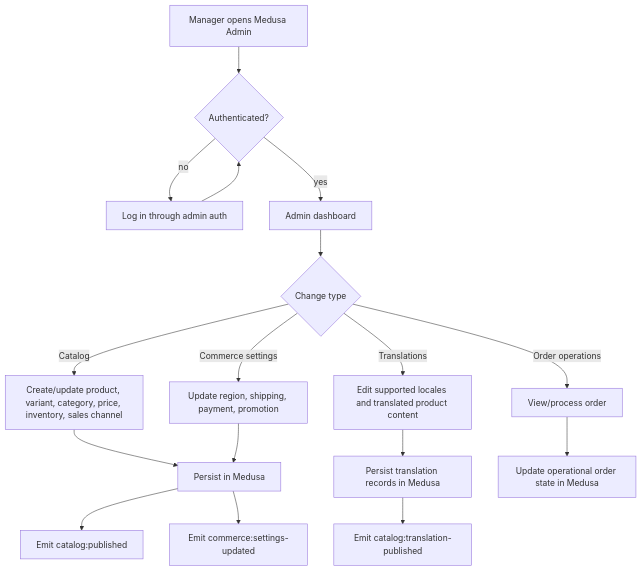
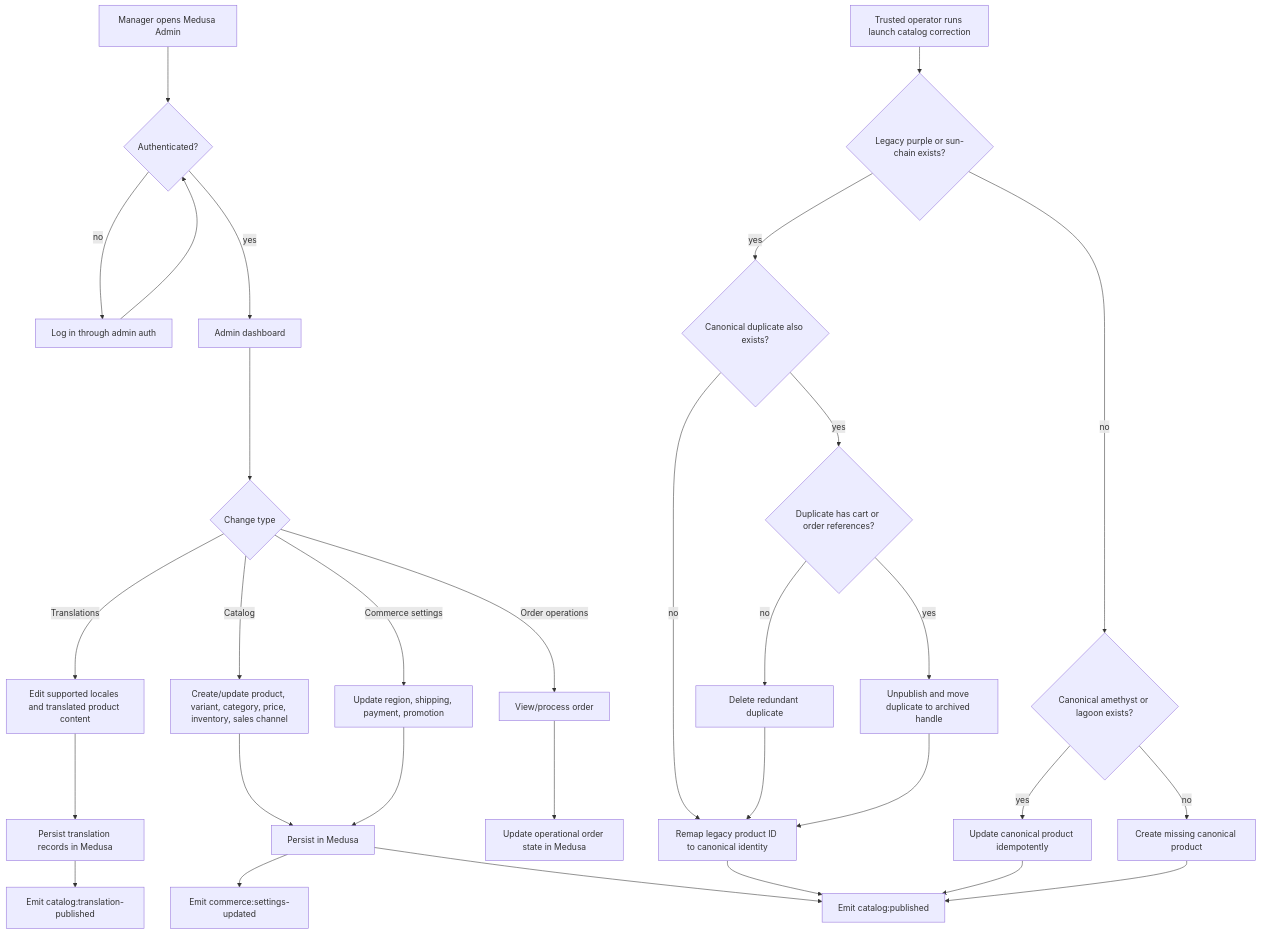
One commit to AtoshaKartosha/sunluk changed the first of 3 diagrams in flows/features/admin-operations.md. Above: the diagram before and after it, drawn with Mermaid. The commit also changed other lines of this file and 10 other files, not shown here.

Commit message:
feat(catalog): update launch collection product cards

````diff
--- a/flows/features/admin-operations.md
+++ b/flows/features/admin-operations.md
@@ -49,19 +52,33 @@
 ```mermaid
 flowchart TD
   Start[Manager opens Medusa Admin] --> Auth{Authenticated?}
   Auth -->|no| Login[Log in through admin auth]
   Login --> Auth
   Auth -->|yes| Dashboard[Admin dashboard]
   Dashboard --> ChangeType{Change type}
   ChangeType -->|Catalog| Catalog[Create/update product, variant, category, price, inventory, sales channel]
   ChangeType -->|Translations| Translations[Edit supported locales and translated product content]
   ChangeType -->|Commerce settings| Settings[Update region, shipping, payment, promotion]
   ChangeType -->|Order operations| Orders[View/process order]
   Catalog --> Publish[Persist in Medusa]
   Translations --> PublishTranslations[Persist translation records in Medusa]
   Settings --> Publish
   Publish --> NotifyCatalog[Emit catalog:published]
   PublishTranslations --> NotifyLocalization[Emit catalog:translation-published]
   Publish --> NotifyCheckout[Emit commerce:settings-updated]
   Orders --> OrderState[Update operational order state in Medusa]
+  Migration[Trusted operator runs launch catalog correction] --> Legacy{Legacy purple or sun-chain exists?}
+  Legacy -->|no| Canonical{Canonical amethyst or lagoon exists?}
+  Canonical -->|yes| UpdateCanonical[Update canonical product idempotently]
+  Canonical -->|no| CreateCanonical[Create missing canonical product]
+  Legacy -->|yes| Duplicate{Canonical duplicate also exists?}
+  Duplicate -->|no| RemapLegacy[Remap legacy product ID to canonical identity]
+  Duplicate -->|yes| Referenced{Duplicate has cart or order references?}
+  Referenced -->|no| DeleteDuplicate[Delete redundant duplicate]
+  Referenced -->|yes| ArchiveDuplicate[Unpublish and move duplicate to archived handle]
+  DeleteDuplicate --> RemapLegacy
+  ArchiveDuplicate --> RemapLegacy
+  RemapLegacy --> NotifyCatalog
+  UpdateCanonical --> NotifyCatalog
+  CreateCanonical --> NotifyCatalog
 ```
````
